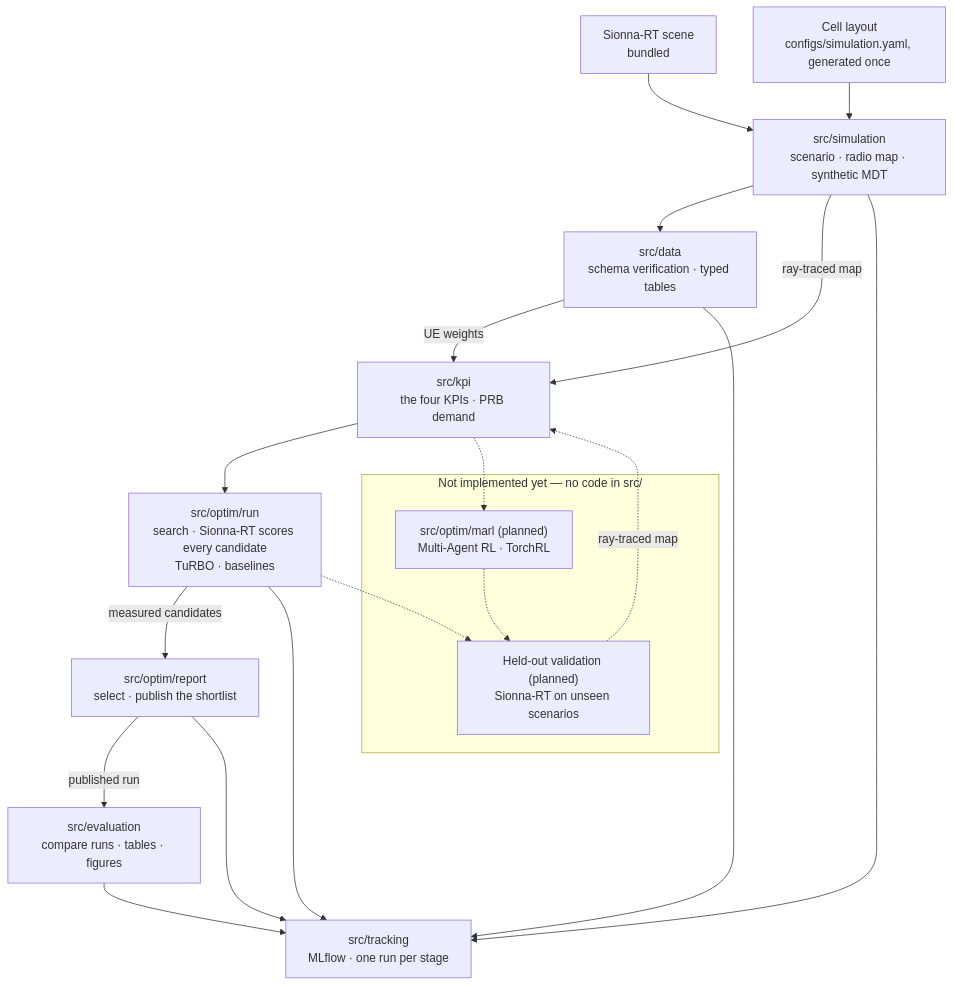
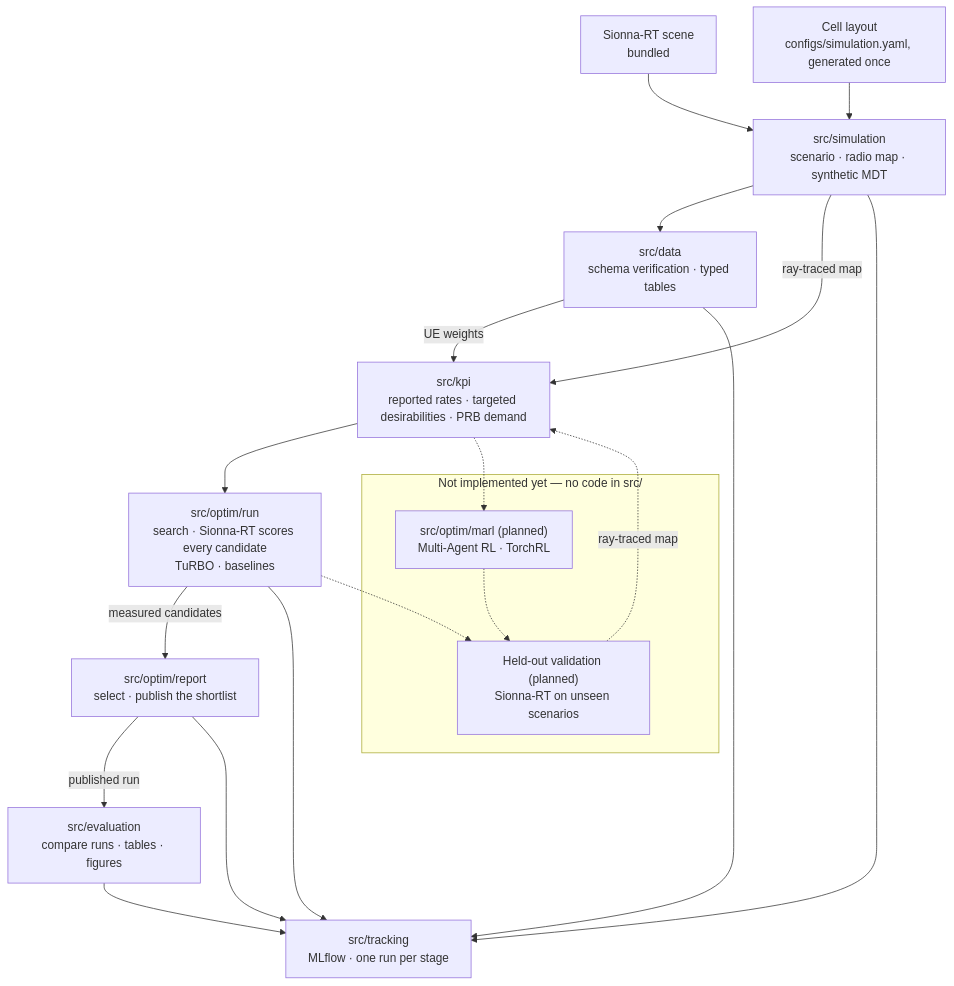
The diagram in README.md (NguyenVu04/band-tilt), drawn with Mermaid before and after one commit. The commit also changed other lines of this file and 30 other files, not shown here.

````diff
--- a/README.md
+++ b/README.md
@@ -92,32 +92,32 @@
 ```mermaid
 flowchart TB
     scene["Sionna-RT scene<br/>bundled"]
     cells["Cell layout<br/>configs/simulation.yaml, generated once"]
 
     sim["src/simulation<br/>scenario · radio map · synthetic MDT"]
     prep["src/data<br/>schema verification · typed tables"]
-    kpi["src/kpi<br/>the four KPIs · PRB demand"]
+    kpi["src/kpi<br/>reported rates · targeted desirabilities · PRB demand"]
     opt["src/optim/run<br/>search · Sionna-RT scores every candidate<br/>TuRBO · baselines"]
     ver["src/optim/report<br/>select · publish the shortlist"]
     rep["src/evaluation<br/>compare runs · tables · figures"]
     mlf["src/tracking<br/>MLflow · one run per stage"]
 
     subgraph future["Not implemented yet — no code in src/"]
         marl["src/optim/marl (planned)<br/>Multi-Agent RL · TorchRL"]
         val["Held-out validation (planned)<br/>Sionna-RT on unseen scenarios"]
     end
 
     scene --> sim
     cells --> sim
     sim --> prep
     sim -->|ray-traced map| kpi
     prep -->|UE weights| kpi
     kpi --> opt
     opt -->|measured candidates| ver
     ver -->|published run| rep
     sim & prep & opt & ver & rep --> mlf
     kpi -.-> marl
     opt -.-> val
     marl -.-> val
     val -.->|ray-traced map| kpi
 ```
````
